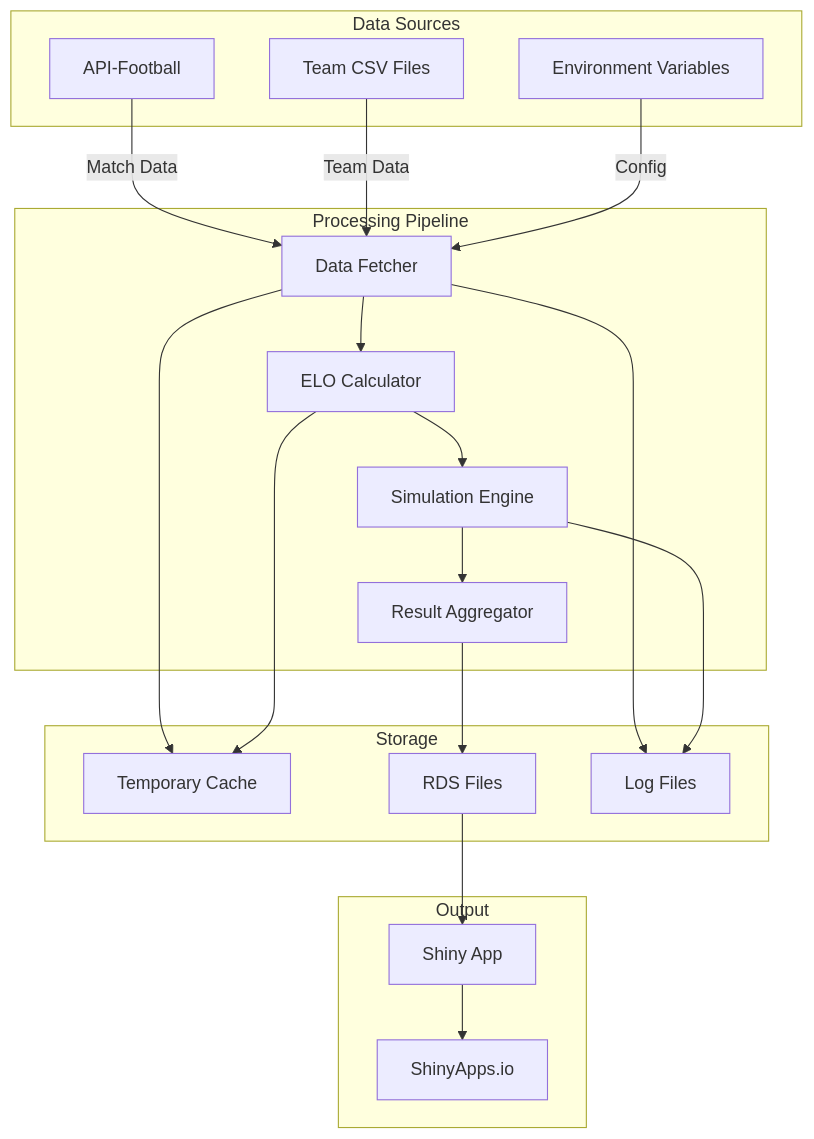
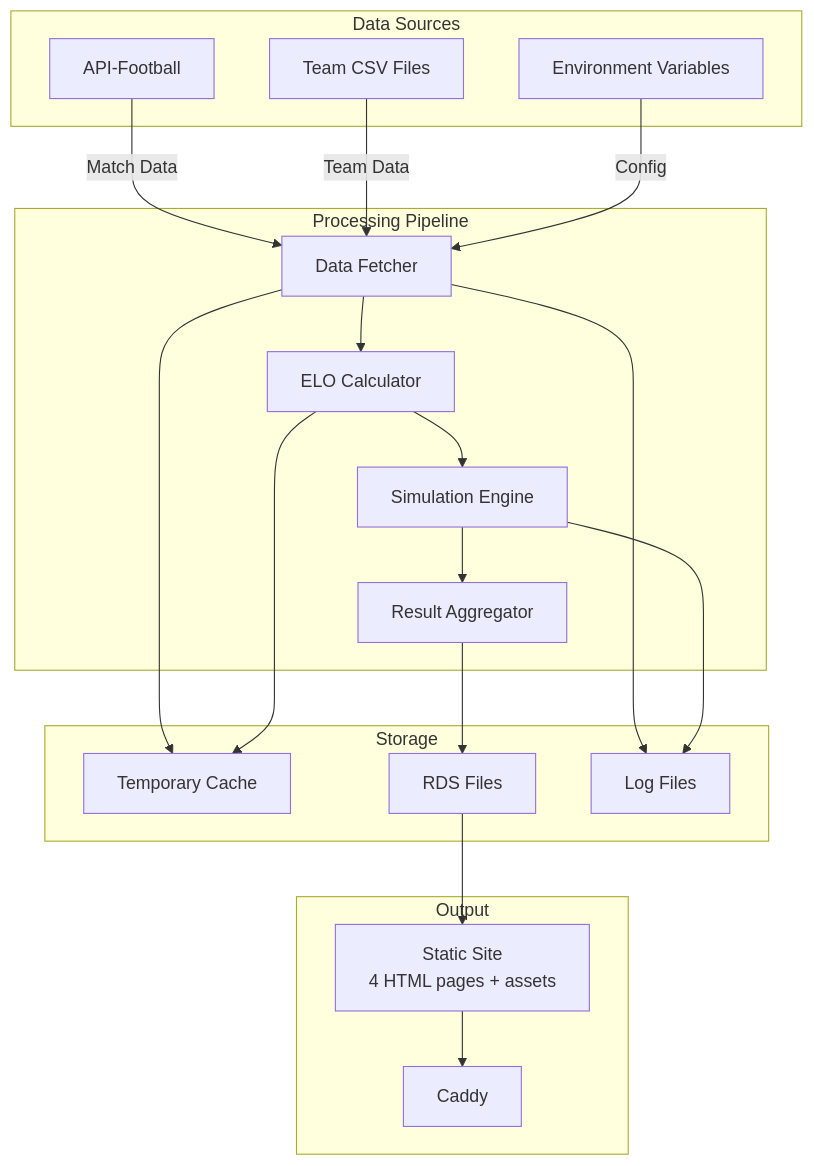
The diagram in docs/architecture/data-flow.md (chrisschwer/League-Simulator-Update), drawn with Mermaid before and after one commit. The commit also changed other lines of this file and 2 other files, not shown here.

````diff
--- a/docs/architecture/data-flow.md
+++ b/docs/architecture/data-flow.md
@@ -7,44 +7,44 @@
 ```mermaid
 graph TD
     subgraph "Data Sources"
         API[API-Football]
         CSV[Team CSV Files]
         ENV[Environment Variables]
     end
     
     subgraph "Processing Pipeline"
         FETCH[Data Fetcher]
         ELO[ELO Calculator]
         SIM[Simulation Engine]
         AGG[Result Aggregator]
     end
     
     subgraph "Storage"
         TEMP[Temporary Cache]
         RDS[RDS Files]
         LOGS[Log Files]
     end
     
     subgraph "Output"
-        SHINY[Shiny App]
-        DEPLOY[ShinyApps.io]
+        SITE[Static Site<br/>4 HTML pages + assets]
+        CADDY[Caddy]
     end
     
     API -->|Match Data| FETCH
     CSV -->|Team Data| FETCH
     ENV -->|Config| FETCH
     
     FETCH --> ELO
     ELO --> SIM
     SIM --> AGG
     
     FETCH --> TEMP
     ELO --> TEMP
     AGG --> RDS
     
-    RDS --> SHINY
-    SHINY --> DEPLOY
+    RDS --> SITE
+    SITE --> CADDY
     
     FETCH --> LOGS
     SIM --> LOGS
 ```
````
